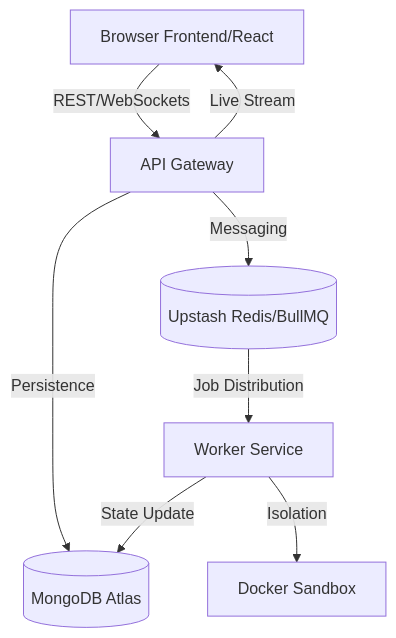
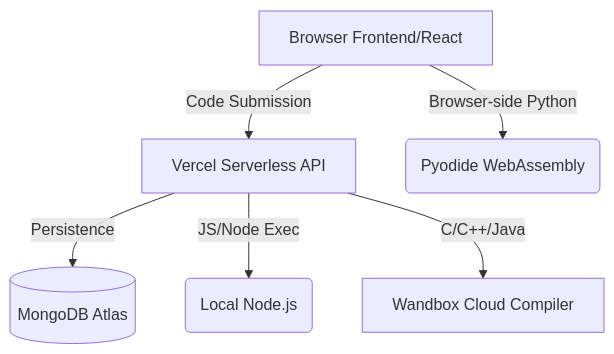
The diagram in README.md (syedmukheeth/SAM-Compiler), drawn with Mermaid before and after one commit. The commit also changed other lines of this file, not shown here.

Commit message:
docs: Rewrite README.md for serverless Vercel deployment and OAuth

````diff
--- a/README.md
+++ b/README.md
@@ -21,10 +26,8 @@
 ```mermaid
 graph TD
-    Client[Browser Frontend/React] -->|REST/WebSockets| API[API Gateway]
+    Client[Browser Frontend/React] -->|Code Submission| API[Vercel Serverless API]
     API -->|Persistence| DB[(MongoDB Atlas)]
-    API -->|Messaging| Redis[(Upstash Redis/BullMQ)]
-    Redis -->|Job Distribution| Worker[Worker Service]
-    Worker -->|Isolation| Sandbox[Docker Sandbox]
-    Worker -->|State Update| DB
-    API -->|Live Stream| Client
+    API -->|JS/Node Exec| Node(Local Node.js)
+    API -->|C/C++/Java| Wandbox[Wandbox Cloud Compiler]
+    Client -->|Browser-side Python| Pyodide(Pyodide WebAssembly)
 ```
````
